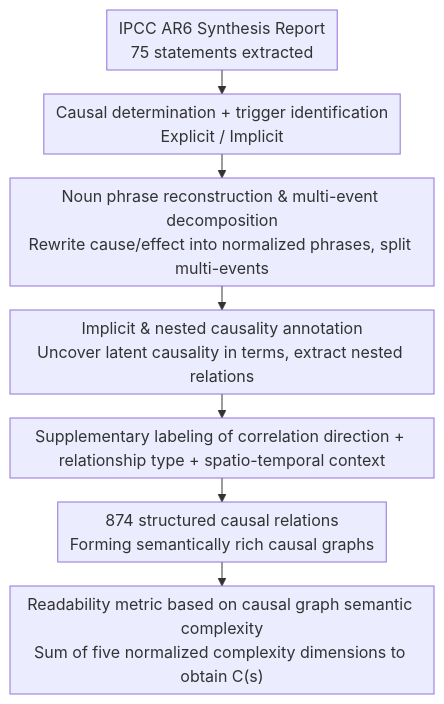
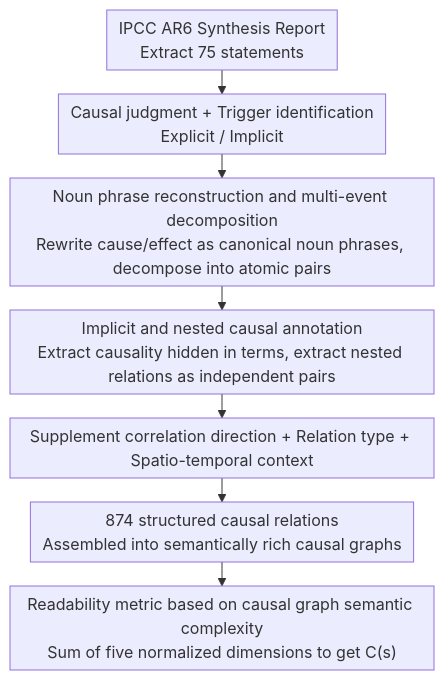
Before and after one commit to zhaoyang97/Paper-Notes-en: the diagram in docs/ACL2026/causal_inference/climatecause_complex_and_implicit_causal_structures_in_climate_reports.md, drawn with Mermaid. The commit also changed other lines of this file and 5084 other files, not shown here.

````diff
--- a/docs/ACL2026/causal_inference/climatecause_complex_and_implicit_causal_structures_in_climate_reports.md
+++ b/docs/ACL2026/causal_inference/climatecause_complex_and_implicit_causal_structures_in_climate_reports.md
@@ -43,10 +43,10 @@
 ```mermaid
 %%{init: {'flowchart': {'rankSpacing': 24, 'nodeSpacing': 28, 'padding': 6, 'wrappingWidth': 400}}}%%
 flowchart TD
-    A["IPCC AR6 Synthesis Report<br/>75 statements extracted"] --> B["Causal determination + trigger identification<br/>Explicit / Implicit"]
-    B --> C["Noun phrase reconstruction & multi-event decomposition<br/>Rewrite cause/effect into normalized phrases, split multi-events"]
-    C --> D["Implicit & nested causality annotation<br/>Uncover latent causality in terms, extract nested relations"]
-    D --> E["Supplementary labeling of correlation direction + relationship type + spatio-temporal context"]
-    E --> F["874 structured causal relations<br/>Forming semantically rich causal graphs"]
-    F --> G["Readability metric based on causal graph semantic complexity<br/>Sum of five normalized complexity dimensions to obtain C(s)"]
+    A["IPCC AR6 Synthesis Report<br/>Extract 75 statements"] --> B["Causal judgment + Trigger identification<br/>Explicit / Implicit"]
+    B --> C["Noun phrase reconstruction and multi-event decomposition<br/>Rewrite cause/effect as canonical noun phrases, decompose into atomic pairs"]
+    D --> E["Supplement correlation direction + Relation type + Spatio-temporal context"]
+    C --> D["Implicit and nested causal annotation<br/>Extract causality hidden in terms, extract nested relations as independent pairs"]
+    E --> F["874 structured causal relations<br/>Assembled into semantically rich causal graphs"]
+    F --> G["Readability metric based on causal graph semantic complexity<br/>Sum of five normalized dimensions to get C(s)"]
 ```
````
